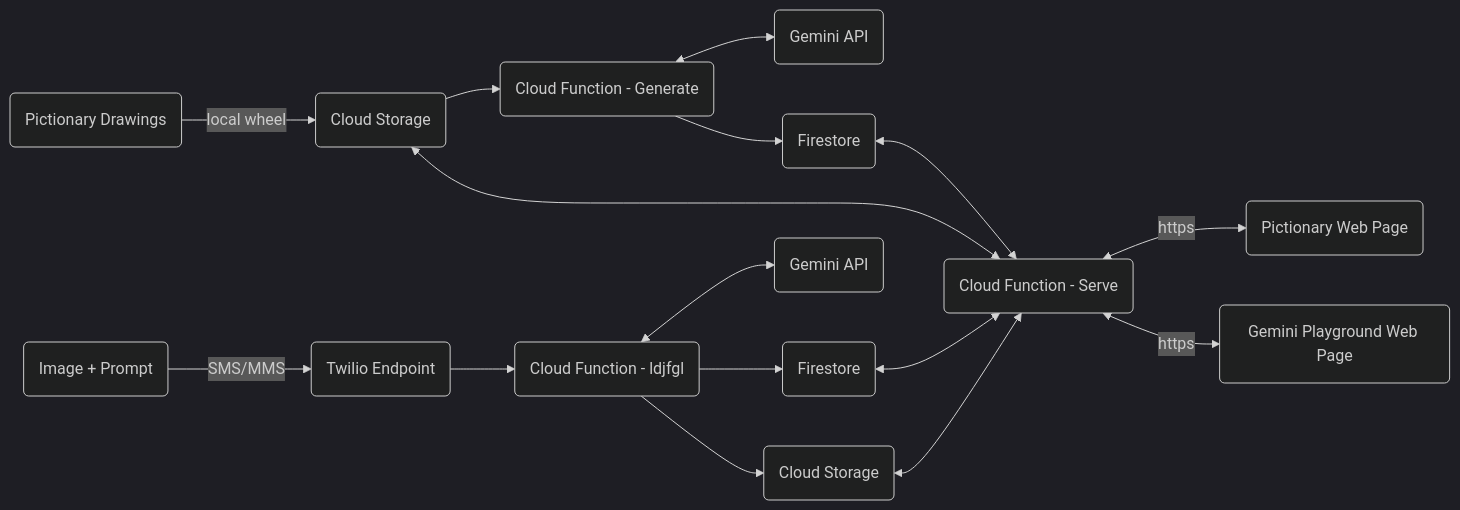
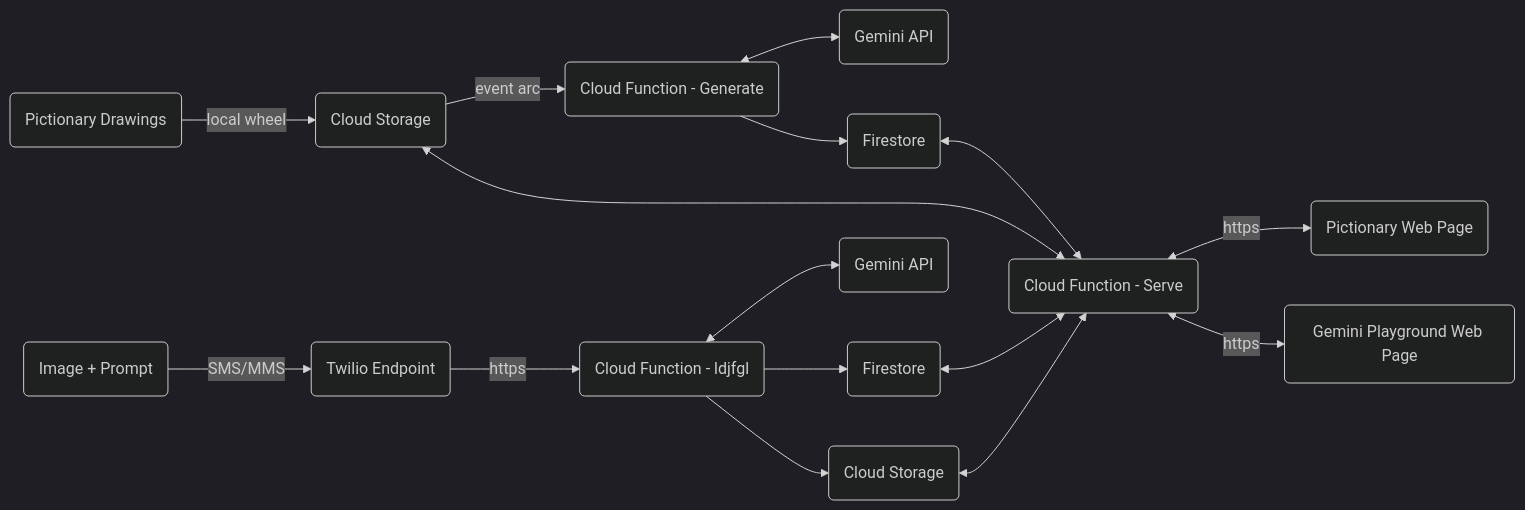
Before and after one commit to vijay15joseph/gemini-demo: the diagram in README.md, drawn with Mermaid (dark theme). The commit also changed 1 other file, not shown here.

Commit message:
env vars

````diff
--- a/README.md
+++ b/README.md
@@ -61,23 +61,23 @@
 ```mermaid
 flowchart LR
     A(Pictionary Drawings) --> |local wheel|B(Cloud Storage)
-    B --> C(Cloud Function - Generate)
+    B --> |event arc|C(Cloud Function - Generate)
     C <--> D(Gemini API)
     C --> E(Firestore)
     E <--> G(Cloud Function - Serve)
     B <--> G(Cloud Function - Serve)
     G <--> |https| H(Pictionary Web Page)
     G <--> |https|I(Gemini Playground Web Page)
 
     J(Image + Prompt) --> |SMS/MMS| K(Twilio Endpoint)
-    K --> L(Cloud Function - ldjfgl)
+    K --> |https|L(Cloud Function - ldjfgl)
     L <--> M(Gemini API)
     L --> N(Firestore)
     L --> O(Cloud Storage)
     O <--> G
     N <--> G
 
 
 
 
 ```
````
